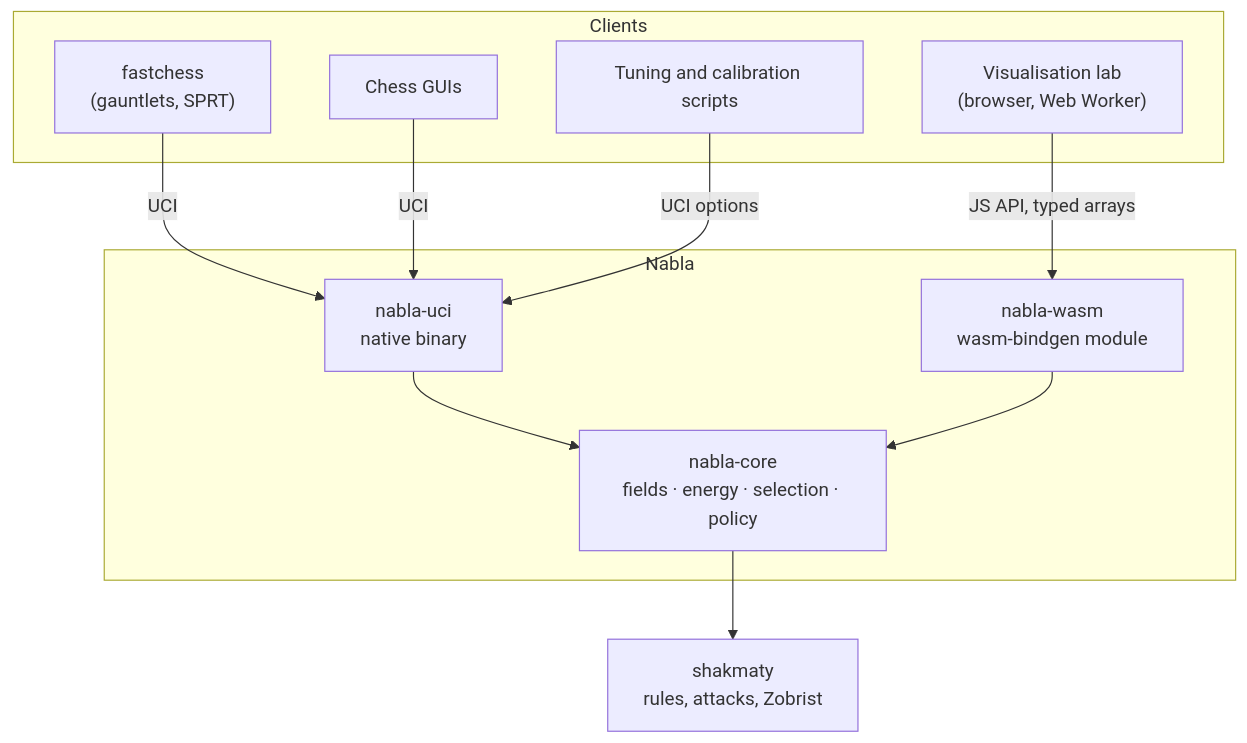
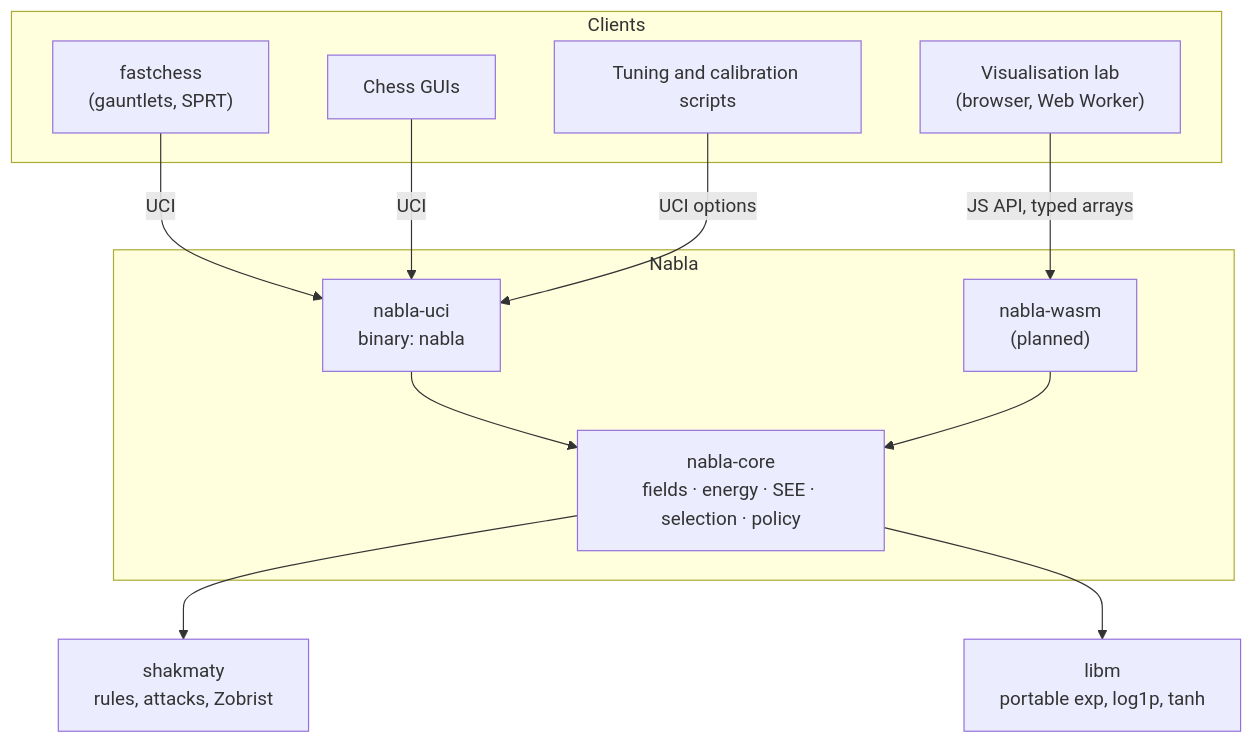
Before and after one commit to sr2echa/Nabla: the diagram in docs/design/05-architecture.md, drawn with Mermaid. The commit also changed other lines of this file and 7 other files, not shown here.

````diff
--- a/docs/design/05-architecture.md
+++ b/docs/design/05-architecture.md
@@ -28,21 +29,22 @@
 ```mermaid
 flowchart TB
     subgraph Clients
         FC["fastchess<br/>(gauntlets, SPRT)"]
         GUI["Chess GUIs"]
         LAB["Visualisation lab<br/>(browser, Web Worker)"]
         TUNE["Tuning and calibration scripts"]
     end
     subgraph Nabla
-        UCI["nabla-uci<br/>native binary"]
-        WASM["nabla-wasm<br/>wasm-bindgen module"]
-        CORE["nabla-core<br/>fields · energy · selection · policy"]
+        UCI["nabla-uci<br/>binary: nabla"]
+        WASM["nabla-wasm<br/>(planned)"]
+        CORE["nabla-core<br/>fields · energy · SEE · selection · policy"]
     end
     FC -- UCI --> UCI
     GUI -- UCI --> UCI
-    TUNE -- UCI options --> UCI
+    TUNE -- "UCI options" --> UCI
     LAB -- "JS API, typed arrays" --> WASM
     UCI --> CORE
     WASM --> CORE
     CORE --> BOARD["shakmaty<br/>rules, attacks, Zobrist"]
+    CORE --> LIBM["libm<br/>portable exp, log1p, tanh"]
 ```
````
